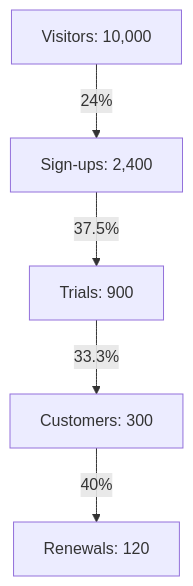
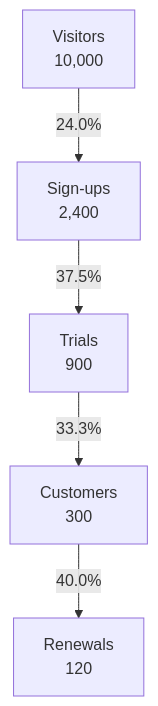
Before and after one commit to vrevolverrr/vicher: the diagram in eval/figure/generated/haiku/b-funnel.md, drawn with Mermaid. The commit also changed other lines of this file and 243 other files, not shown here.

First line of the commit message:
feat(figure): replace tags with groups and states (#13)

````diff
--- a/eval/figure/generated/haiku/b-funnel.md
+++ b/eval/figure/generated/haiku/b-funnel.md
@@ -3,7 +1,7 @@
 ```mermaid
 flowchart TD
-    A["Visitors: 10,000"] -->|"24%"| B["Sign-ups: 2,400"]
-    B -->|"37.5%"| C["Trials: 900"]
-    C -->|"33.3%"| D["Customers: 300"]
-    D -->|"40%"| E["Renewals: 120"]
+    V["Visitors<br/>10,000"] -->|"24.0%"| S["Sign-ups<br/>2,400"]
+    S -->|"37.5%"| T["Trials<br/>900"]
+    T -->|"33.3%"| C["Customers<br/>300"]
+    C -->|"40.0%"| R["Renewals<br/>120"]
 ```
````
